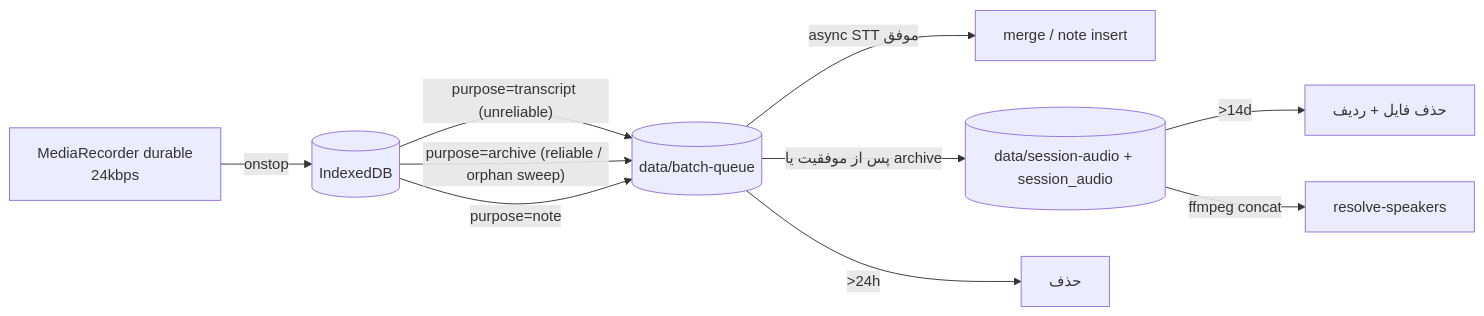
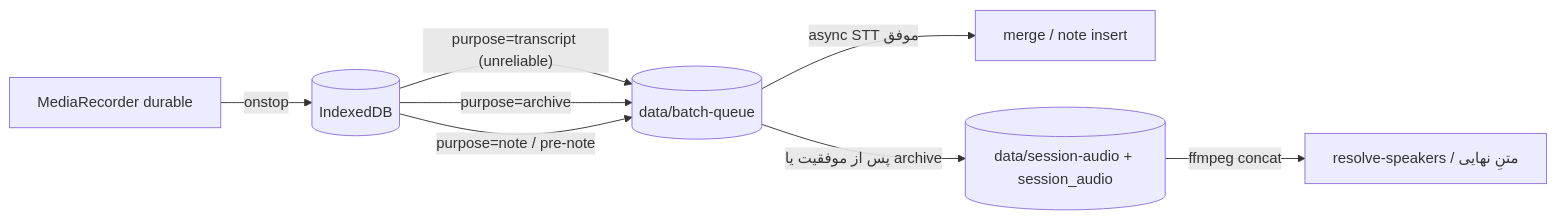
One commit to smohebzadeh86-hub/feeliaa changed the third of 3 diagrams in docs/01-architecture/data-architecture.md. Above: the diagram before and after it, drawn with Mermaid. The commit also changed other lines of this file and 63 other files, not shown here.

````diff
--- a/docs/01-architecture/data-architecture.md
+++ b/docs/01-architecture/data-architecture.md
@@ -93,12 +77,10 @@
 ```mermaid
 flowchart LR
-  MR["MediaRecorder durable<br/>24kbps"] -->|onstop| IDB[("IndexedDB")]
+  MR["MediaRecorder durable"] -->|onstop| IDB[("IndexedDB")]
   IDB -->|"purpose=transcript (unreliable)"| Q[("data/batch-queue")]
-  IDB -->|"purpose=archive (reliable / orphan sweep)"| Q
-  IDB -->|"purpose=note"| Q
+  IDB -->|"purpose=archive"| Q
+  IDB -->|"purpose=note / pre-note"| Q
   Q -->|async STT موفق| M["merge / note insert"]
   Q -->|پس از موفقیت یا archive| AR[("data/session-audio + session_audio")]
-  Q -->|">24h"| X1["حذف"]
-  AR -->|">14d"| X2["حذف فایل + ردیف"]
-  AR -->|ffmpeg concat| RS["resolve-speakers"]
+  AR -->|ffmpeg concat| RS["resolve-speakers / متنِ نهایی"]
 ```
````
